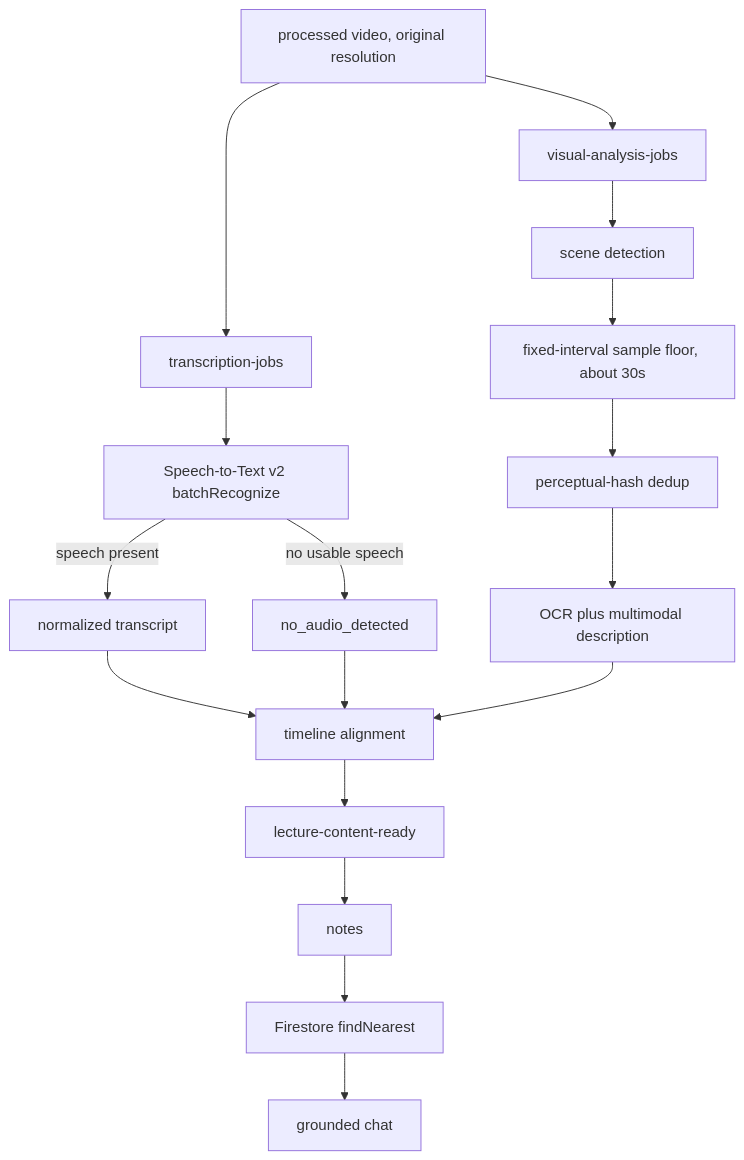
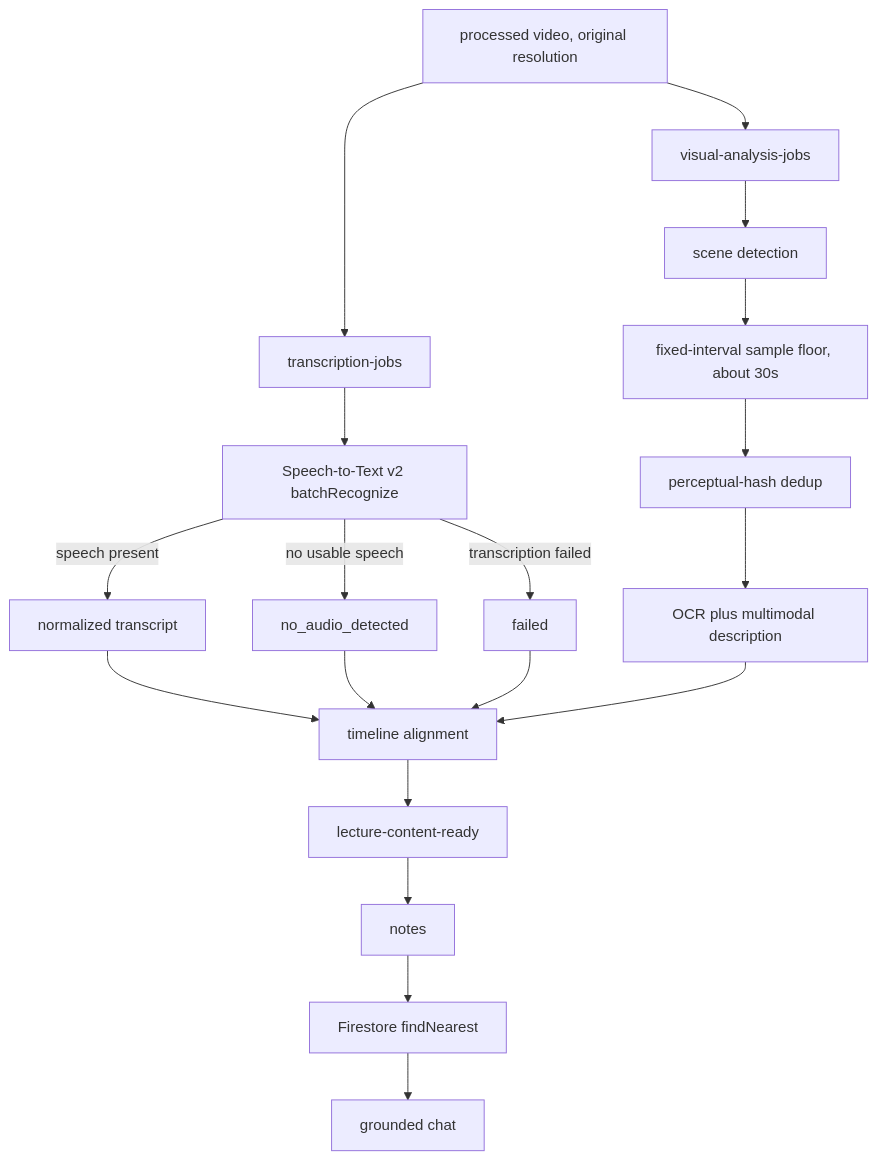
Before and after one commit to suryaatm21/cloudscribe-ai: the diagram in docs/features/multimodal-lecture-content.md, drawn with Mermaid. The commit also changed other lines of this file and 2 other files, not shown here.

First line of the commit message:
docs: record Decision 3 — failed transcription assembles degraded visual-only

````diff
--- a/docs/features/multimodal-lecture-content.md
+++ b/docs/features/multimodal-lecture-content.md
@@ -79,19 +81,21 @@
 ```mermaid
 flowchart TD
   Processed["processed video, original resolution"] --> AudioJob[transcription-jobs]
   Processed --> VisualJob[visual-analysis-jobs]
   AudioJob --> Speech["Speech-to-Text v2 batchRecognize"]
   Speech -->|"speech present"| TranscriptDoc["normalized transcript"]
   Speech -->|"no usable speech"| Silent["no_audio_detected"]
+  Speech -->|"transcription failed"| FailedTrans["failed"]
   VisualJob --> SceneDetect["scene detection"]
   SceneDetect --> SampleFloor["fixed-interval sample floor, about 30s"]
   SampleFloor --> Dedup["perceptual-hash dedup"]
   Dedup --> OcrDesc["OCR plus multimodal description"]
   TranscriptDoc --> Assembler["timeline alignment"]
   Silent --> Assembler
+  FailedTrans --> Assembler
   OcrDesc --> Assembler
   Assembler --> ReadyEvent["lecture-content-ready"]
   ReadyEvent --> Notes[notes]
   Notes --> Retrieval["Firestore findNearest"]
   Retrieval --> Chat["grounded chat"]
 ```
````
